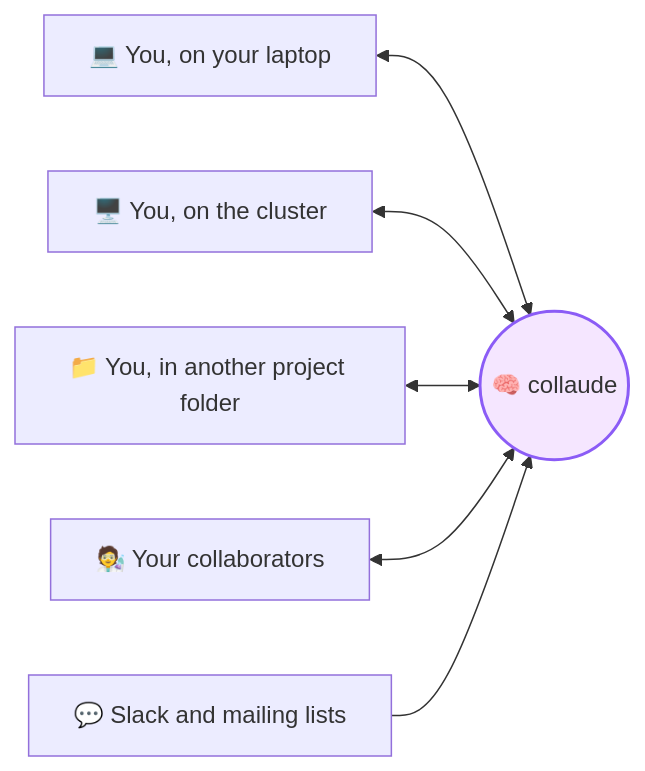
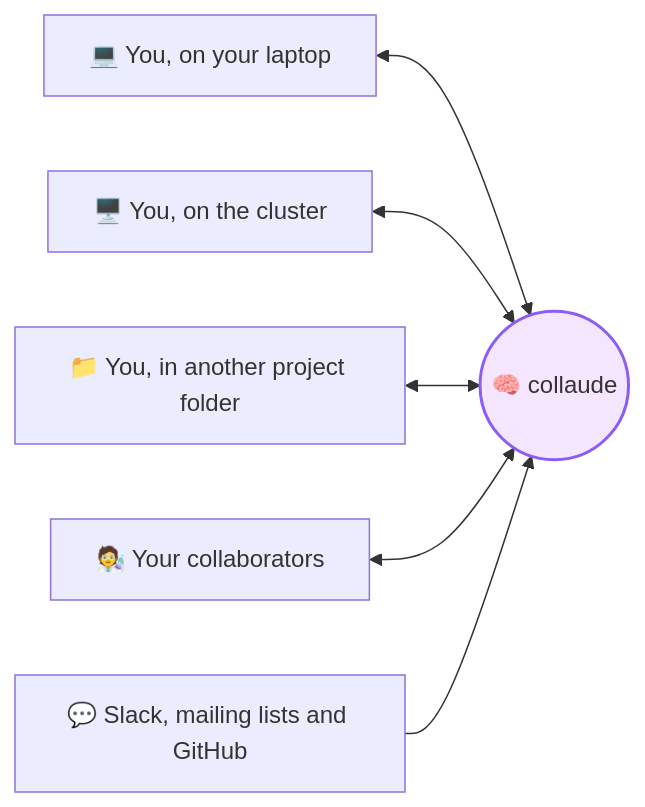
The diagram in README.md (andycasey/collaude), drawn with Mermaid before and after one commit. The commit also changed other lines of this file, not shown here.

Commit message:
Document the GitHub connector

````diff
--- a/README.md
+++ b/README.md
@@ -20,10 +20,10 @@
 ```mermaid
 flowchart LR
     laptop["💻 You, on your laptop"] <--> brain
     cluster["🖥️ You, on the cluster"] <--> brain
     folder["📁 You, in another project folder"] <--> brain
     team["🧑‍🔬 Your collaborators"] <--> brain
-    slack["💬 Slack and mailing lists"] --> brain
+    slack["💬 Slack, mailing lists and GitHub"] --> brain
     brain(("🧠 collaude"))
     style brain fill:#f5e6ff,stroke:#8b5cf6,stroke-width:2px
 ```
````
